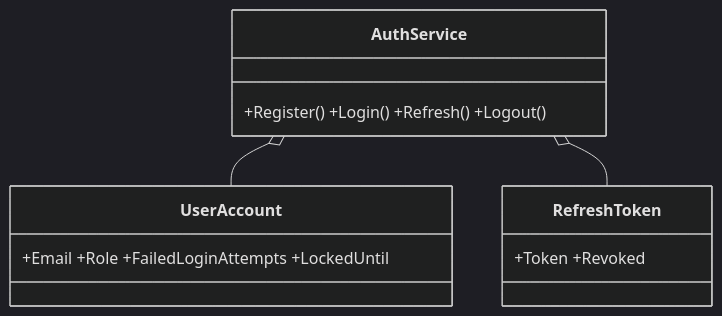
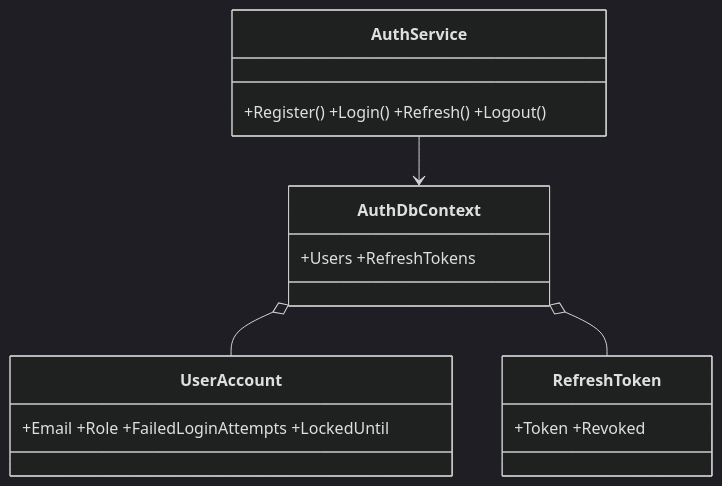
The first of 2 diagrams in docs/uml.md (Dedmoo/banking-auth-service), drawn with Mermaid (dark theme) before and after one commit. The commit also changed 18 other files, not shown here.

````diff
--- a/docs/uml.md
+++ b/docs/uml.md
@@ -2,8 +2,10 @@
 ```mermaid
 classDiagram
   class AuthService { +Register() +Login() +Refresh() +Logout() }
+  class AuthDbContext { +Users +RefreshTokens }
   class UserAccount { +Email +Role +FailedLoginAttempts +LockedUntil }
   class RefreshToken { +Token +Revoked }
-  AuthService o-- UserAccount
-  AuthService o-- RefreshToken
+  AuthService --> AuthDbContext
+  AuthDbContext o-- UserAccount
+  AuthDbContext o-- RefreshToken
 ```
````
